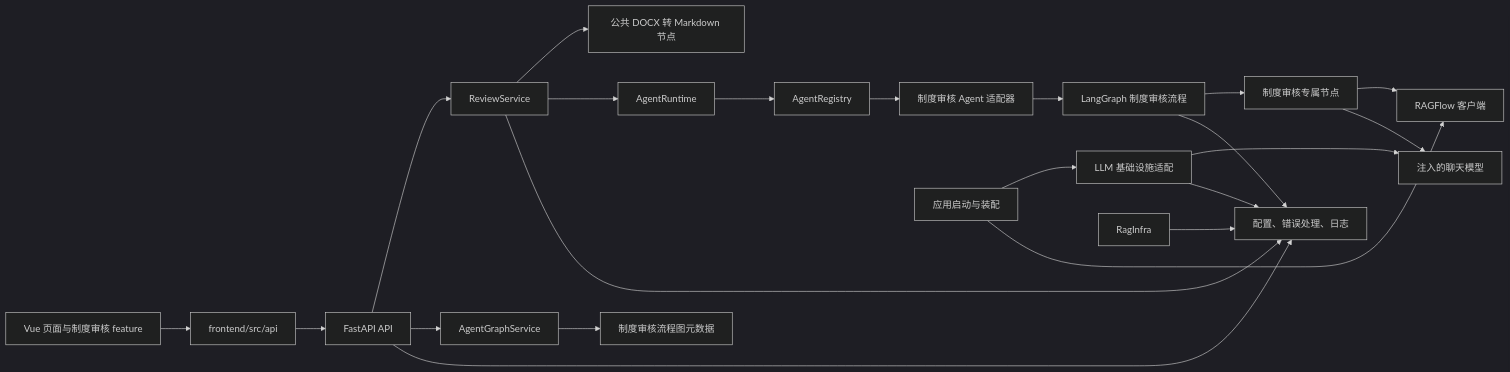
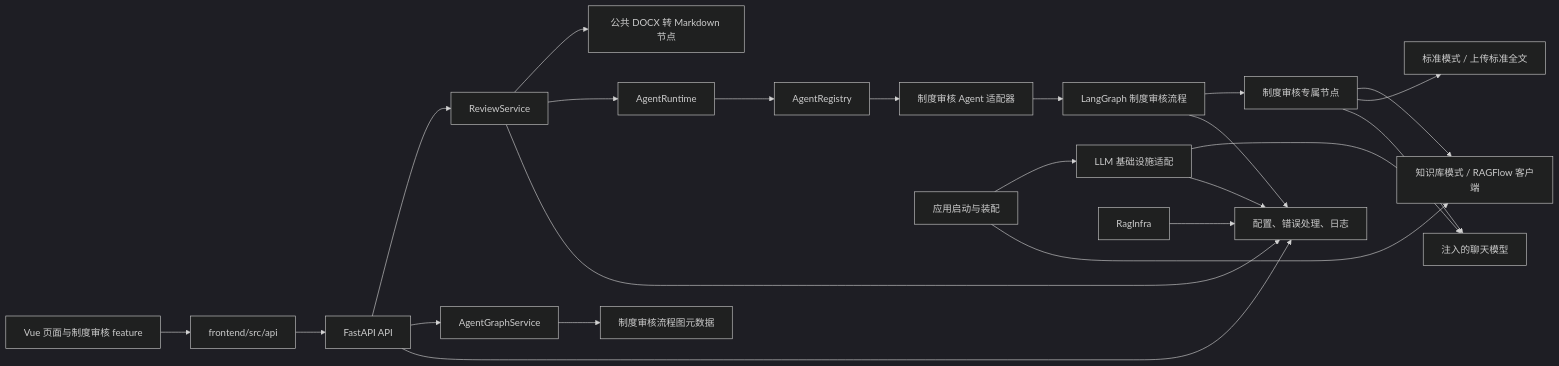
One commit to LiuEhe/AgentPlatform changed the diagram in docs/ai-coding/architecture-rules.md. Above: the diagram before and after it, drawn with Mermaid (dark theme). The commit also changed other lines of this file and 18 other files, not shown here.

````diff
--- a/docs/ai-coding/architecture-rules.md
+++ b/docs/ai-coding/architecture-rules.md
@@ -7,24 +7,25 @@
 ```mermaid
 flowchart LR
   UI[Vue 页面与制度审核 feature] --> APIClient[frontend/src/api]
   APIClient --> HTTP[FastAPI API]
   HTTP --> ReviewService[ReviewService]
   HTTP --> AgentGraphService[AgentGraphService]
   AgentGraphService --> GraphMetadata[制度审核流程图元数据]
   ReviewService --> DocNode[公共 DOCX 转 Markdown 节点]
   ReviewService --> Runtime[AgentRuntime]
   Runtime --> Registry[AgentRegistry]
   Registry --> Adapter[制度审核 Agent 适配器]
   Adapter --> Graph[LangGraph 制度审核流程]
   Graph --> AgentNodes[制度审核专属节点]
-  AgentNodes --> RagClient[RAGFlow 客户端]
+  AgentNodes --> RagClient[知识库模式 / RAGFlow 客户端]
+  AgentNodes --> Standard[标准模式 / 上传标准全文]
   AgentNodes --> Model[注入的聊天模型]
   Main[应用启动与装配] --> LLMInfra[LLM 基础设施适配]
   LLMInfra --> Model
   Main --> RagClient
   HTTP --> Core[配置、错误处理、日志]
   ReviewService --> Core
   Graph --> Core
   LLMInfra --> Core
   RagInfra --> Core
 ```
````
